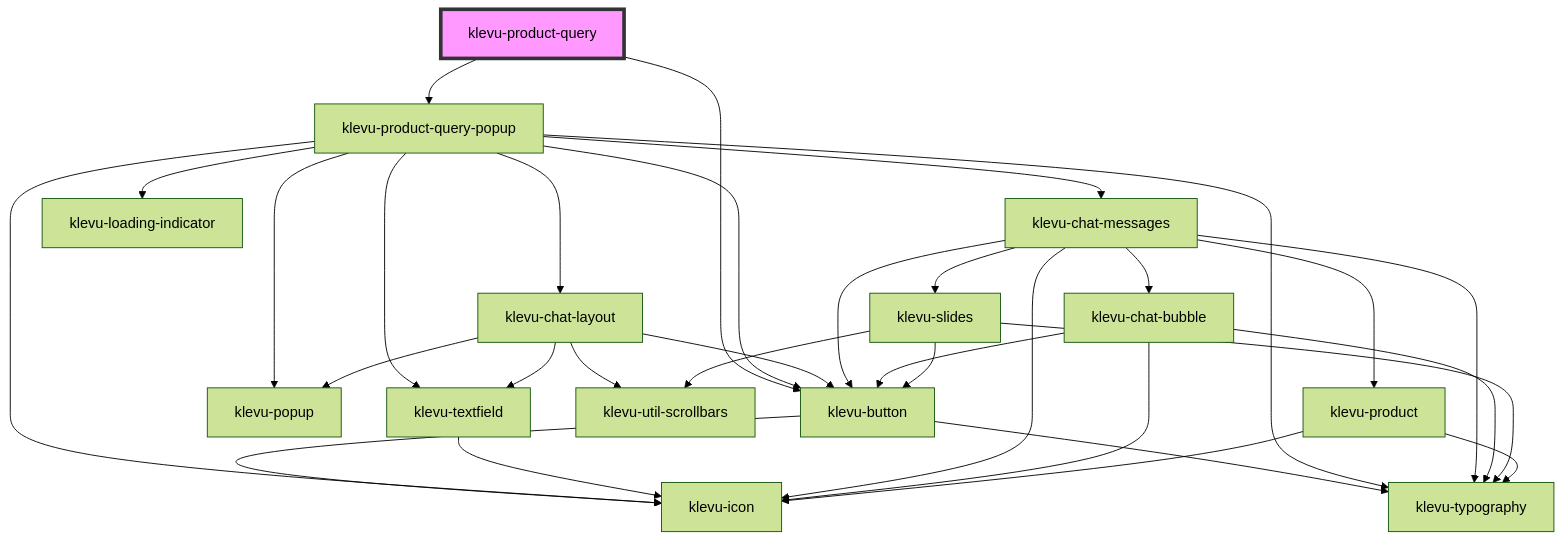
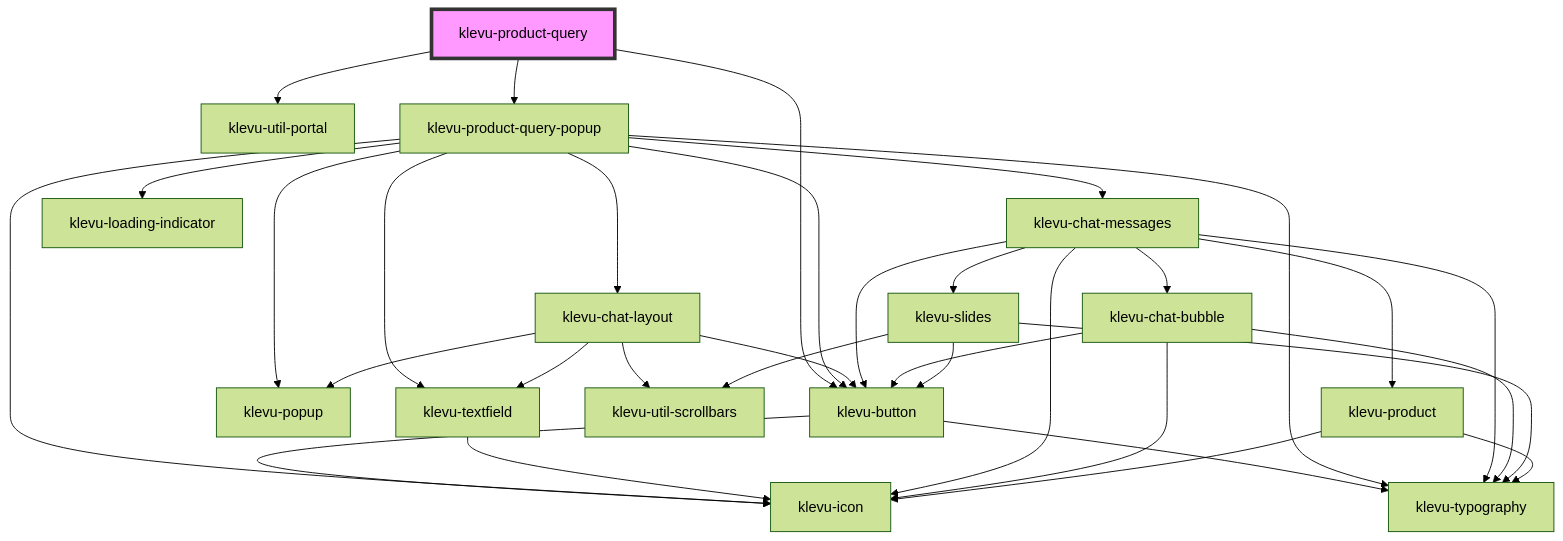
The diagram in packages/klevu-ui/src/components/klevu-product-query/readme.md (klevultd/frontend-sdk), drawn with Mermaid (forest theme) before and after one commit. The commit also changed other lines of this file and 11 other files, not shown here.

````diff
--- a/packages/klevu-ui/src/components/klevu-product-query/readme.md
+++ b/packages/klevu-ui/src/components/klevu-product-query/readme.md
@@ -56,35 +57,36 @@
 ```mermaid
 graph TD;
   klevu-product-query --> klevu-button
+  klevu-product-query --> klevu-util-portal
   klevu-product-query --> klevu-product-query-popup
   klevu-button --> klevu-icon
   klevu-button --> klevu-typography
   klevu-product-query-popup --> klevu-popup
   klevu-product-query-popup --> klevu-chat-layout
   klevu-product-query-popup --> klevu-typography
   klevu-product-query-popup --> klevu-icon
   klevu-product-query-popup --> klevu-chat-messages
   klevu-product-query-popup --> klevu-loading-indicator
   klevu-product-query-popup --> klevu-textfield
   klevu-product-query-popup --> klevu-button
   klevu-chat-layout --> klevu-util-scrollbars
   klevu-chat-layout --> klevu-popup
   klevu-chat-layout --> klevu-button
   klevu-chat-layout --> klevu-textfield
   klevu-textfield --> klevu-icon
   klevu-chat-messages --> klevu-chat-bubble
   klevu-chat-messages --> klevu-icon
   klevu-chat-messages --> klevu-typography
   klevu-chat-messages --> klevu-button
   klevu-chat-messages --> klevu-slides
   klevu-chat-messages --> klevu-product
   klevu-chat-bubble --> klevu-typography
   klevu-chat-bubble --> klevu-icon
   klevu-chat-bubble --> klevu-button
   klevu-slides --> klevu-typography
   klevu-slides --> klevu-button
   klevu-slides --> klevu-util-scrollbars
   klevu-product --> klevu-icon
   klevu-product --> klevu-typography
   style klevu-product-query fill:#f9f,stroke:#333,stroke-width:4px
 ```
````
